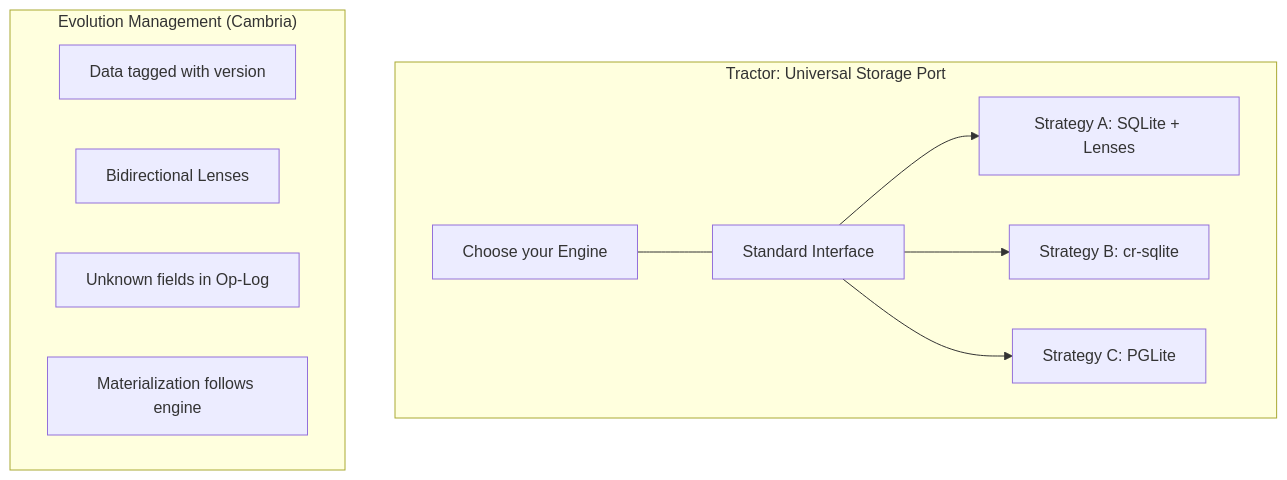
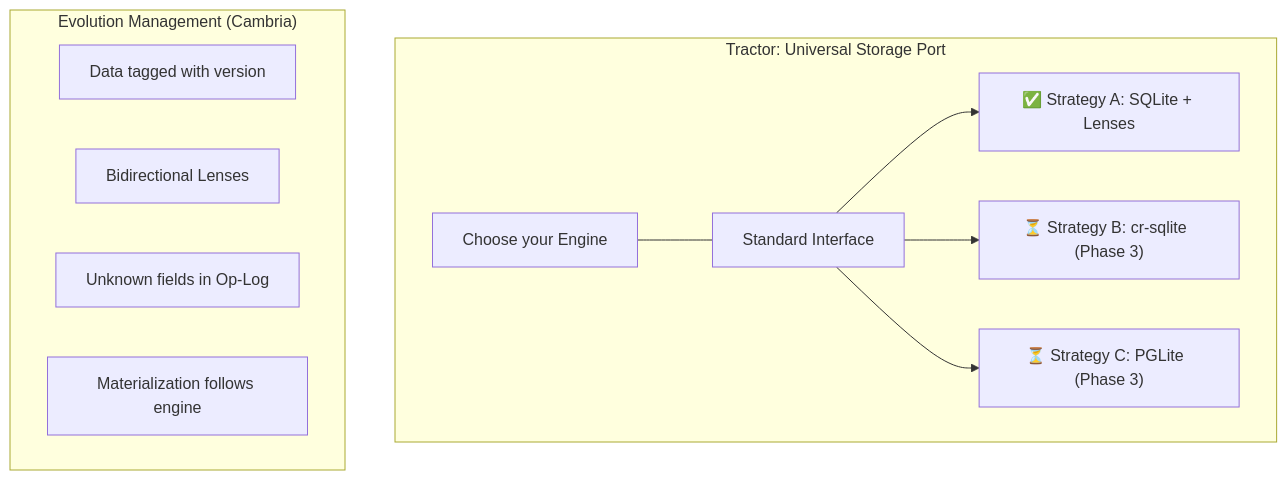
One commit to aretw0/refarm changed the diagram in docs/diagrams/sovereignty-l2.mermaid. Above: the diagram before and after it, drawn with Mermaid. The commit also changed 8 other files, not shown here.

First line of the commit message:
fix(diagrams): correct 4 inaccuracies found in audit

```diff
--- a/docs/diagrams/sovereignty-l2.mermaid
+++ b/docs/diagrams/sovereignty-l2.mermaid
@@ -1,18 +1,18 @@
 graph TD
     subgraph Port ["Tractor: Universal Storage Port"]
         Engine[Choose your Engine]
         Interface[Standard Interface]
         
         Engine --- Interface
         
-        Interface --> S_A[Strategy A: SQLite + Lenses]
-        Interface --> S_B[Strategy B: cr-sqlite]
-        Interface --> S_C[Strategy C: PGLite]
+        Interface --> S_A["✅ Strategy A: SQLite + Lenses"]
+        Interface --> S_B["⏳ Strategy B: cr-sqlite  (Phase 3)"]
+        Interface --> S_C["⏳ Strategy C: PGLite  (Phase 3)"]
     end
 
     subgraph Evolution ["Evolution Management (Cambria)"]
         E1[Data tagged with version]
         E2[Bidirectional Lenses]
         E3[Unknown fields in Op-Log]
         E4[Materialization follows engine]
     end
```
